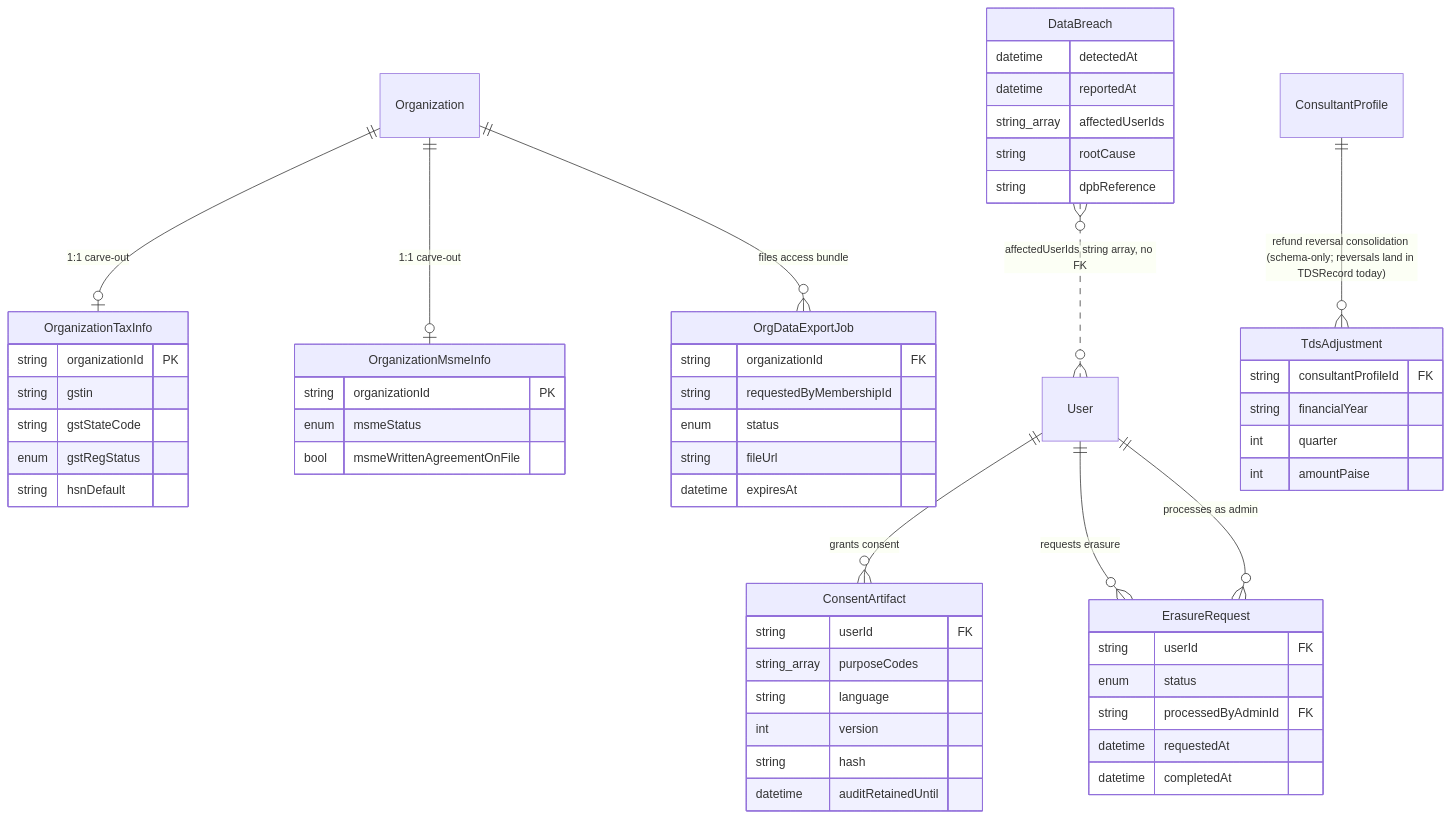
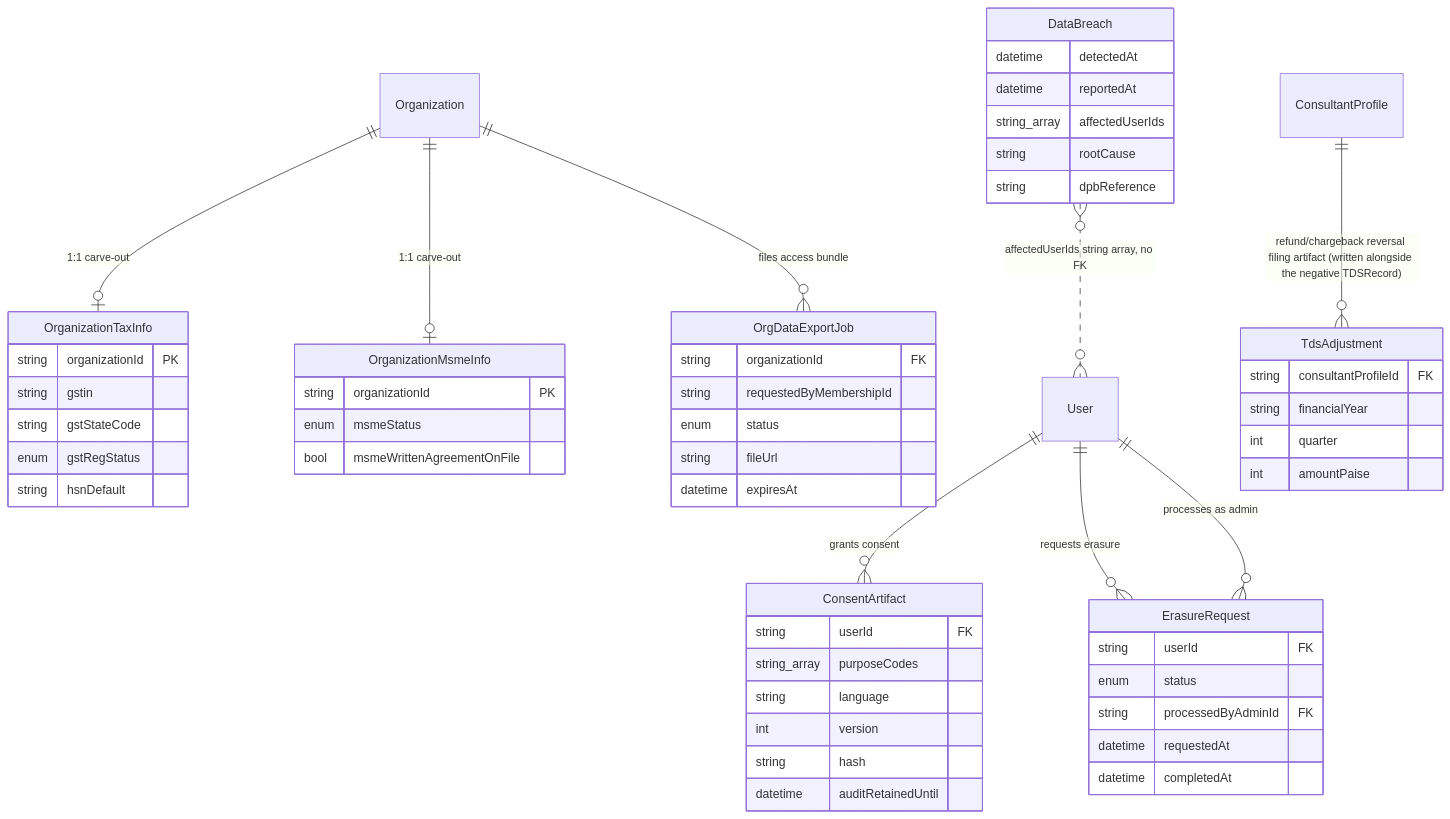
Before and after one commit to Practitionist/familiarise_web: the third of 3 diagrams in docs/enterprise/40-compliance-and-data/01-compliance-dpdp-gst-tds-msme.md, drawn with Mermaid. The commit also changed other lines of this file and 3 other files, not shown here.

````diff
--- a/docs/enterprise/40-compliance-and-data/01-compliance-dpdp-gst-tds-msme.md
+++ b/docs/enterprise/40-compliance-and-data/01-compliance-dpdp-gst-tds-msme.md
@@ -175,59 +175,59 @@
 ```mermaid
 erDiagram
     Organization ||--o| OrganizationTaxInfo : "1:1 carve-out"
     Organization ||--o| OrganizationMsmeInfo : "1:1 carve-out"
     Organization ||--o{ OrgDataExportJob : "files access bundle"
     User ||--o{ ConsentArtifact : "grants consent"
     User ||--o{ ErasureRequest : "requests erasure"
     User ||--o{ ErasureRequest : "processes as admin"
-    ConsultantProfile ||--o{ TdsAdjustment : "refund reversal consolidation (schema-only; reversals land in TDSRecord today)"
+    ConsultantProfile ||--o{ TdsAdjustment : "refund/chargeback reversal filing artifact (written alongside the negative TDSRecord)"
     DataBreach }o..o{ User : "affectedUserIds string array, no FK"
 
     OrganizationTaxInfo {
         string organizationId PK
         string gstin
         string gstStateCode
         enum gstRegStatus
         string hsnDefault
     }
     OrganizationMsmeInfo {
         string organizationId PK
         enum msmeStatus
         bool msmeWrittenAgreementOnFile
     }
     ConsentArtifact {
         string userId FK
         string_array purposeCodes
         string language
         int version
         string hash
         datetime auditRetainedUntil
     }
     ErasureRequest {
         string userId FK
         enum status
         string processedByAdminId FK
         datetime requestedAt
         datetime completedAt
     }
     OrgDataExportJob {
         string organizationId FK
         string requestedByMembershipId
         enum status
         string fileUrl
         datetime expiresAt
     }
     DataBreach {
         datetime detectedAt
         datetime reportedAt
         string_array affectedUserIds
         string rootCause
         string dpbReference
     }
     TdsAdjustment {
         string consultantProfileId FK
         string financialYear
         int quarter
         int amountPaise
     }
 ```
````
